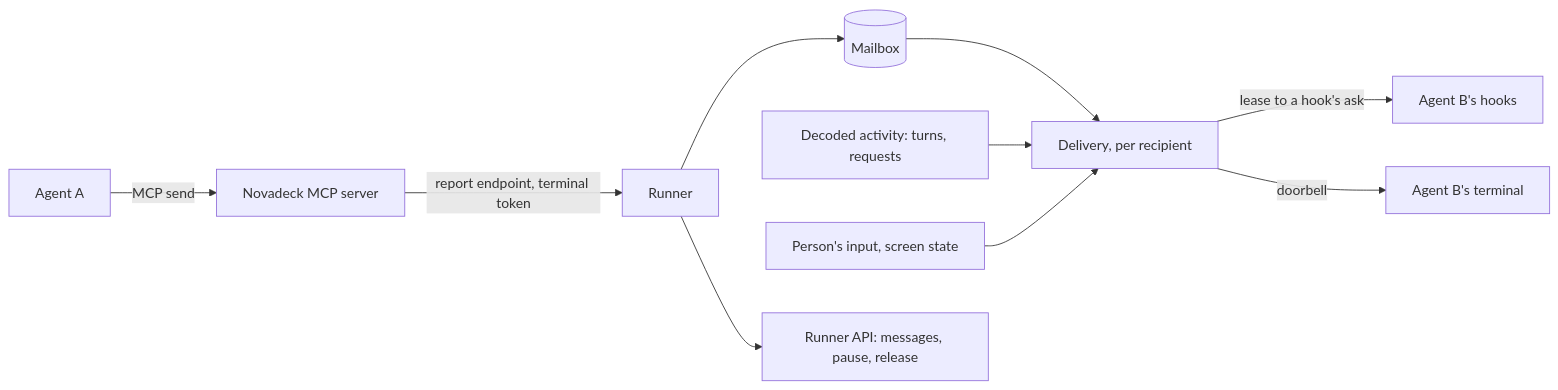
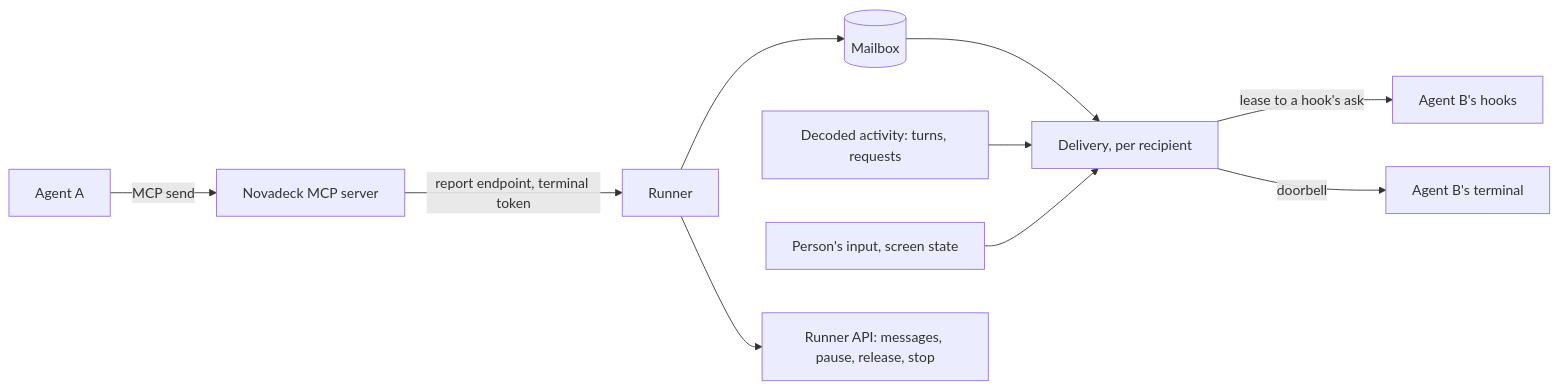
The diagram in docs/agent-messaging.md (mzpkdev/novadeck), drawn with Mermaid before and after one commit. The commit also changed other lines of this file and 21 other files, not shown here.

Commit message:
feat(runner): let the person stop a thread, and latch a usage limit only within a minute of the turn's end

````diff
--- a/docs/agent-messaging.md
+++ b/docs/agent-messaging.md
@@ -111,12 +111,12 @@
 ```mermaid
 flowchart LR
   A[Agent A] -->|MCP send| S[Novadeck MCP server]
   S -->|report endpoint, terminal token| R[Runner]
   R --> M[(Mailbox)]
   M --> D[Delivery, per recipient]
   H[Decoded activity: turns, requests] --> D
   K[Person's input, screen state] --> D
   D -->|lease to a hook's ask| B[Agent B's hooks]
   D -->|doorbell| P[Agent B's terminal]
-  R --> U[Runner API: messages, pause, release]
+  R --> U[Runner API: messages, pause, release, stop]
 ```
````
